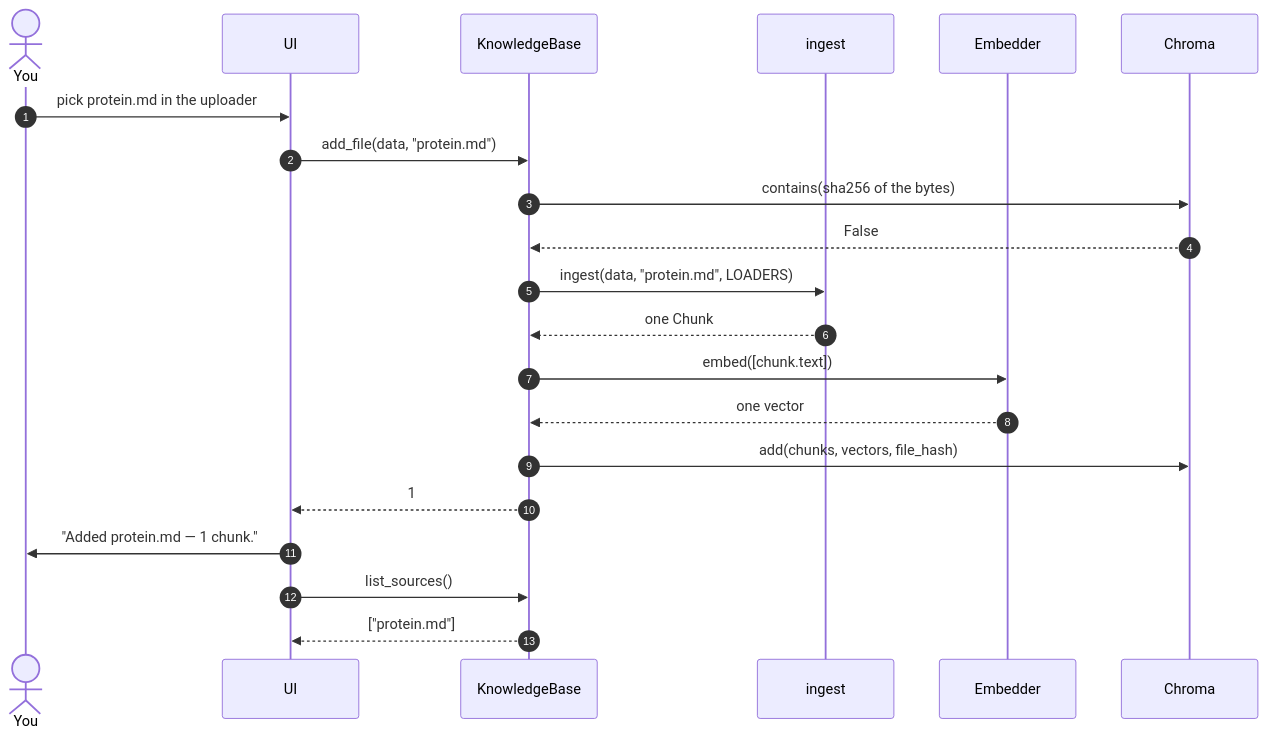
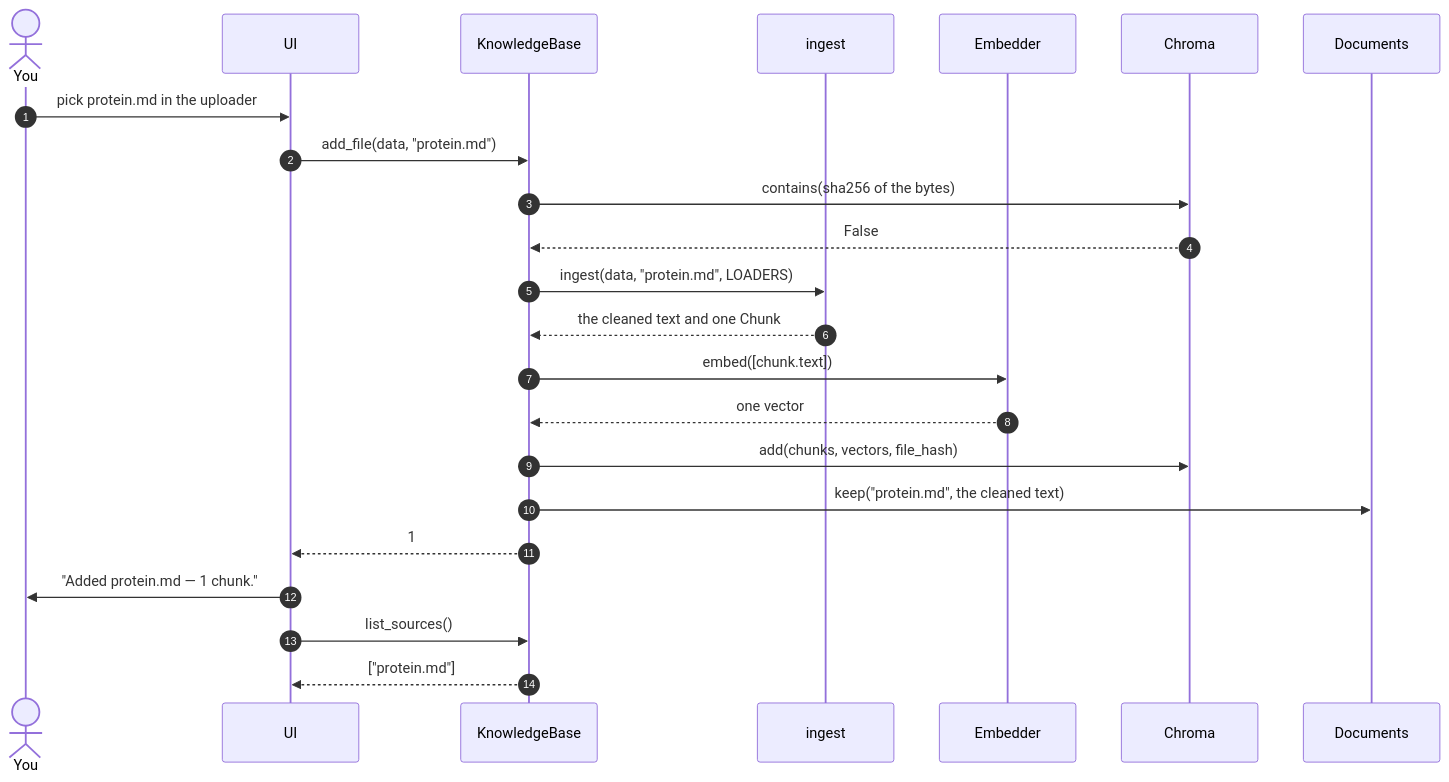
One commit to aschog/cora changed the first of 3 diagrams in docs/happy-path.md. Above: the diagram before and after it, drawn with Mermaid. The commit also changed other lines of this file and 3 other files, not shown here.

````diff
--- a/docs/happy-path.md
+++ b/docs/happy-path.md
@@ -15,24 +15,26 @@
 ```mermaid
 sequenceDiagram
   autonumber
   actor You
   participant UI
   participant KnowledgeBase
   participant ingest
   participant Embedder
   participant Chroma
+  participant Documents
 
   You->>UI: pick protein.md in the uploader
   UI->>KnowledgeBase: add_file(data, "protein.md")
   KnowledgeBase->>Chroma: contains(sha256 of the bytes)
   Chroma-->>KnowledgeBase: False
   KnowledgeBase->>ingest: ingest(data, "protein.md", LOADERS)
-  ingest-->>KnowledgeBase: one Chunk
+  ingest-->>KnowledgeBase: the cleaned text and one Chunk
   KnowledgeBase->>Embedder: embed([chunk.text])
   Embedder-->>KnowledgeBase: one vector
   KnowledgeBase->>Chroma: add(chunks, vectors, file_hash)
+  KnowledgeBase->>Documents: keep("protein.md", the cleaned text)
   KnowledgeBase-->>UI: 1
   UI->>You: "Added protein.md — 1 chunk."
   UI->>KnowledgeBase: list_sources()
   KnowledgeBase-->>UI: ["protein.md"]
 ```
````
